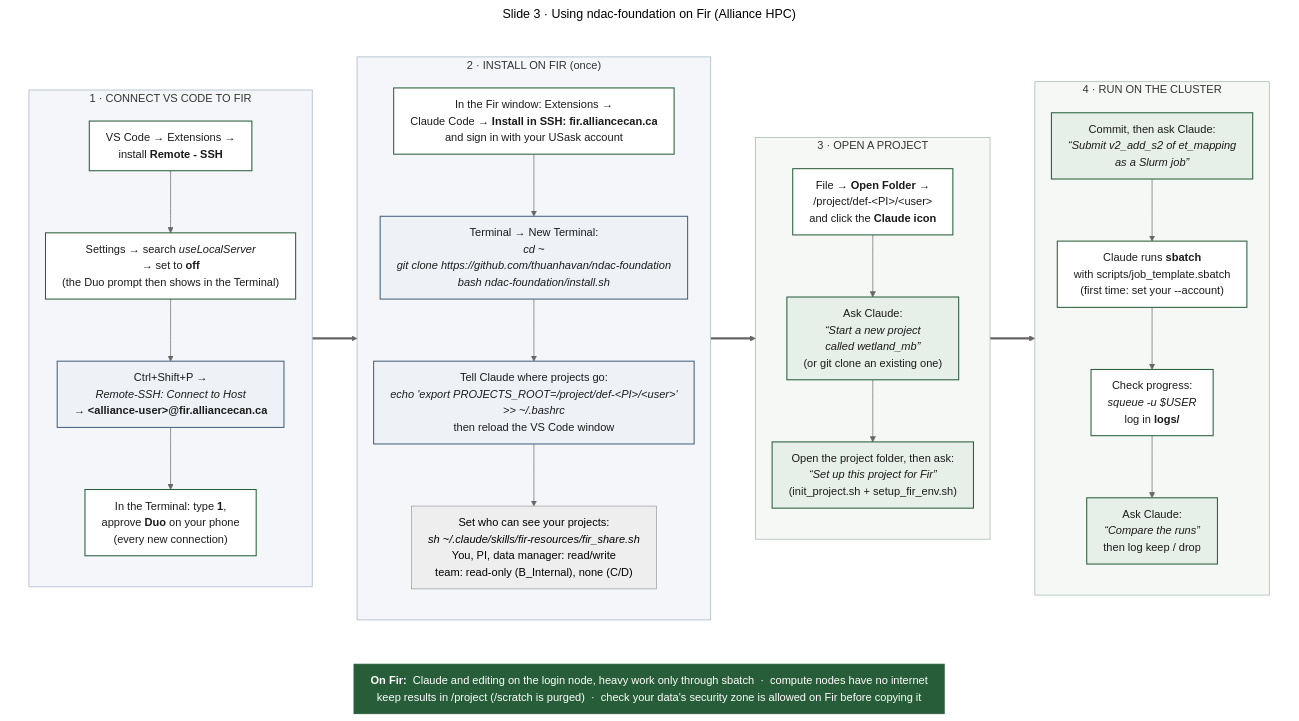
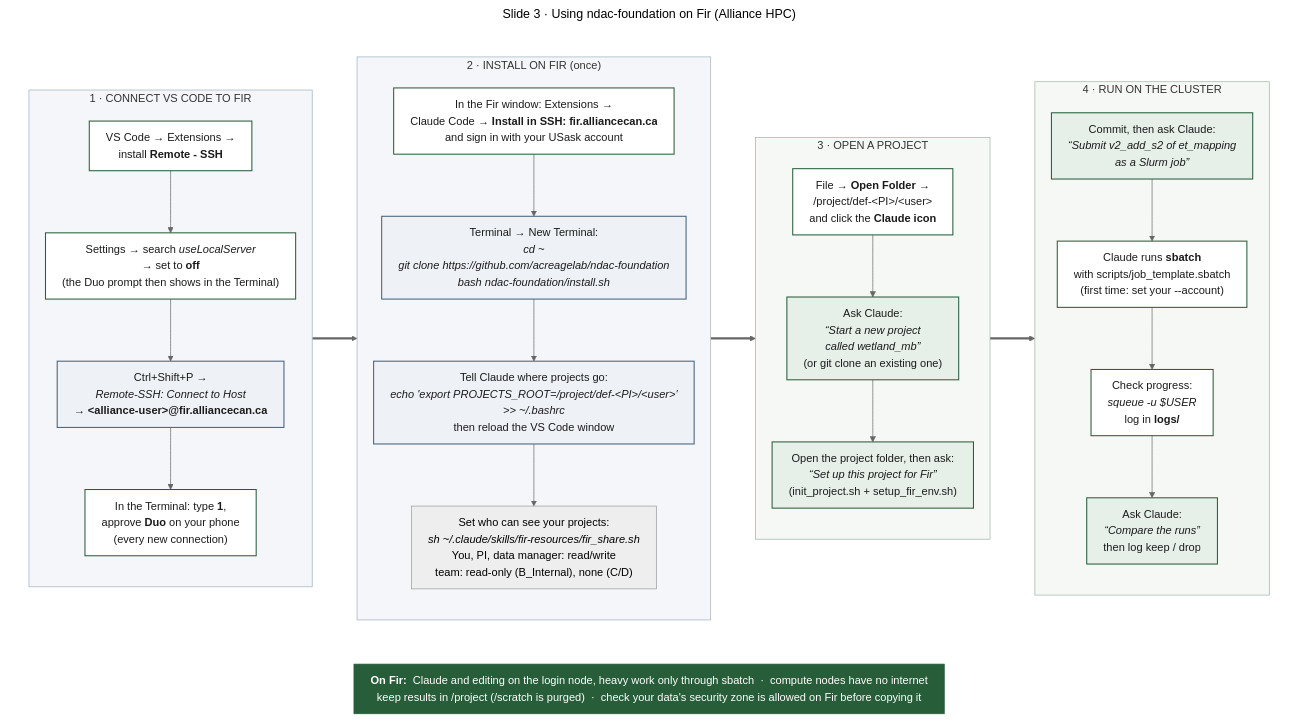
Before and after one commit to acreagelab/ndac-foundation: the diagram in docs/training/slide3_fir.mmd, drawn with Mermaid (neutral theme). The commit also changed 5 other files, not shown here.

First line of the commit message:
Move repo links to github.com/acreagelab/ndac-foundation

```diff
--- a/docs/training/slide3_fir.mmd
+++ b/docs/training/slide3_fir.mmd
@@ -1,49 +1,49 @@
 ---
 title: "Slide 3 · Using ndac-foundation on Fir (Alliance HPC)"
 config:
   flowchart:
     wrappingWidth: 900
     nodeSpacing: 28
     rankSpacing: 40
     padding: 12
 ---
 %% Training slide 3. Edit, then re-render (see docs/training/README.md).
 %% Never write "\n..." in Windows paths: Mermaid renders it as a line break, even escaped.
 flowchart TB
   subgraph ROW[" "]
   direction LR
   subgraph S1["1 · CONNECT VS CODE TO FIR"]
     direction TB
     A1["VS Code → Extensions →<br/>install <b>Remote - SSH</b>"] --> A2["Settings → search <i>useLocalServer</i><br/>→ set to <b>off</b><br/>(the Duo prompt then shows in the Terminal)"] --> A3["Ctrl+Shift+P →<br/><i>Remote-SSH: Connect to Host</i><br/>→ <b>&lt;alliance-user&gt;@fir.alliancecan.ca</b>"] --> A4["In the Terminal: type <b>1</b>,<br/>approve <b>Duo</b> on your phone<br/>(every new connection)"]
   end
   subgraph S2["2 · INSTALL ON FIR (once)"]
     direction TB
-    B1["In the Fir window: Extensions →<br/>Claude Code → <b>Install in SSH: fir.alliancecan.ca</b><br/>and sign in with your USask account"] --> B2["Terminal → New Terminal:<br/><i>cd ~</i><br/><i>git clone https://github.com/thuanhavan/ndac-foundation</i><br/><i>bash ndac-foundation/install.sh</i>"] --> B3["Tell Claude where projects go:<br/><i>echo 'export PROJECTS_ROOT=/project/def-&lt;PI&gt;/&lt;user&gt;'</i><br/><i>>> ~/.bashrc</i><br/>then reload the VS Code window"] --> B4["Set who can see your projects:<br/><i>sh ~/.claude/skills/fir-resources/fir_share.sh</i><br/>You, PI, data manager: read/write<br/>team: read-only (B_Internal), none (C/D)"]
+    B1["In the Fir window: Extensions →<br/>Claude Code → <b>Install in SSH: fir.alliancecan.ca</b><br/>and sign in with your USask account"] --> B2["Terminal → New Terminal:<br/><i>cd ~</i><br/><i>git clone https://github.com/acreagelab/ndac-foundation</i><br/><i>bash ndac-foundation/install.sh</i>"] --> B3["Tell Claude where projects go:<br/><i>echo 'export PROJECTS_ROOT=/project/def-&lt;PI&gt;/&lt;user&gt;'</i><br/><i>>> ~/.bashrc</i><br/>then reload the VS Code window"] --> B4["Set who can see your projects:<br/><i>sh ~/.claude/skills/fir-resources/fir_share.sh</i><br/>You, PI, data manager: read/write<br/>team: read-only (B_Internal), none (C/D)"]
   end
   subgraph S3["3 · OPEN A PROJECT"]
     direction TB
     C1["File → <b>Open Folder</b> →<br/>/project/def-&lt;PI&gt;/&lt;user&gt;<br/>and click the <b>Claude icon</b>"] --> C2["Ask Claude:<br/><i>“Start a new project<br/>called wetland_mb”</i><br/>(or git clone an existing one)"] --> C3["Open the project folder, then ask:<br/><i>“Set up this project for Fir”</i><br/>(init_project.sh + setup_fir_env.sh)"]
   end
   subgraph S4["4 · RUN ON THE CLUSTER"]
     direction TB
     D1["Commit, then ask Claude:<br/><i>“Submit v2_add_s2 of et_mapping<br/>as a Slurm job”</i>"] --> D2["Claude runs <b>sbatch</b><br/>with scripts/job_template.sbatch<br/>(first time: set your --account)"] --> D3["Check progress:<br/><i>squeue -u $USER</i><br/>log in <b>logs/</b>"] --> D4["Ask Claude:<br/><i>“Compare the runs”</i><br/>then log keep / drop"]
   end
   S1 ==> S2 ==> S3 ==> S4
   end
 
   RULES["<b>On Fir:</b>&nbsp; Claude and editing on the login node, heavy work only through sbatch &nbsp;·&nbsp; compute nodes have no internet<br/>keep results in /project (/scratch is purged) &nbsp;·&nbsp; check your data's security zone is allowed on Fir before copying it"]
   ROW ~~~ RULES
 
   classDef step fill:#ffffff,stroke:#275D38,stroke-width:1.5px,color:#1b1b1b;
   classDef ask fill:#e6f0e8,stroke:#275D38,stroke-width:1.5px,color:#1b1b1b;
   classDef cmd fill:#eef2f7,stroke:#46607a,stroke-width:1.5px,color:#1b1b1b;
   classDef banner fill:#275D38,stroke:#275D38,color:#ffffff;
   class A1,A2,A4,B1,C1,D2,D3 step;
   class C2,C3,D1,D4 ask;
   class A3,B2,B3 cmd;
   class RULES banner;
   style S1 fill:#f4f6f9,stroke:#9fb0c2
   style S2 fill:#f4f6f9,stroke:#9fb0c2
   style S3 fill:#f6f8f6,stroke:#9bb5a3
   style S4 fill:#f6f8f6,stroke:#9bb5a3
   style ROW fill:#ffffff,stroke:#ffffff,stroke-width:0px
```
